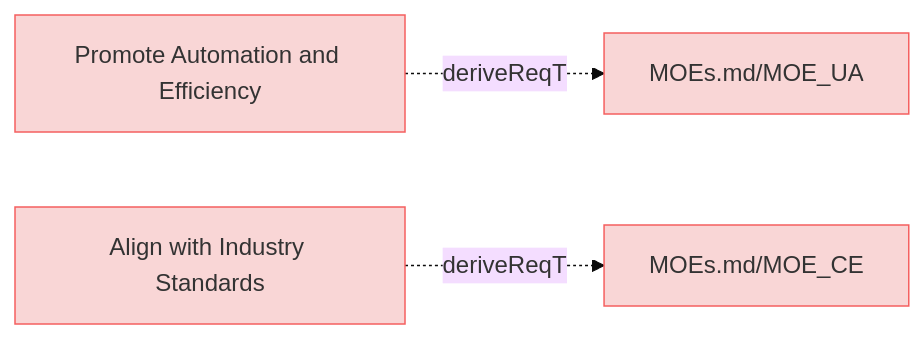
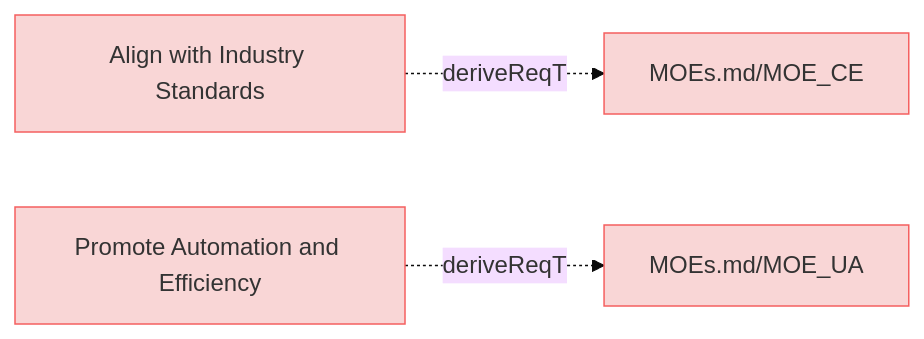
The diagram in specifications/MissionRequirements.md (reqvire-org/reqvire), drawn with Mermaid (base theme) before and after one commit. The commit also changed other lines of this file and 14 other files, not shown here.

Commit message:
Diagram fixes

````diff
--- a/specifications/MissionRequirements.md
+++ b/specifications/MissionRequirements.md
@@ -5,23 +5,23 @@
 ```mermaid
 graph LR;
   %% Graph styling
   classDef requirement fill:#f9d6d6,stroke:#f55f5f,stroke-width:1px;
   classDef verification fill:#d6f9d6,stroke:#5fd75f,stroke-width:1px;
   classDef externalLink fill:#d0e0ff,stroke:#3080ff,stroke-width:1px;
   classDef default fill:#f5f5f5,stroke:#333333,stroke-width:1px;
 
+  cc8c3af529fef9f2["Align with Industry Standards"];
+  click cc8c3af529fef9f2 "MissionRequirements.md#align-with-industry-standards";
+  class cc8c3af529fef9f2 requirement;
+  b3f57e49f7494c0e["MOEs.md/MOE_CE"];
+  class b3f57e49f7494c0e requirement;
+  click b3f57e49f7494c0e "MOEs.md#moe_ce";
+  cc8c3af529fef9f2 -.->|deriveReqT| b3f57e49f7494c0e;
   37960779163a9fc8["Promote Automation and Efficiency"];
   click 37960779163a9fc8 "MissionRequirements.md#promote-automation-and-efficiency";
   class 37960779163a9fc8 requirement;
   f6237e49f7494c0e["MOEs.md/MOE_UA"];
   class f6237e49f7494c0e requirement;
   click f6237e49f7494c0e "MOEs.md#moe_ua";
   37960779163a9fc8 -.->|deriveReqT| f6237e49f7494c0e;
-  cc8c3af529fef9f2["Align with Industry Standards"];
-  click cc8c3af529fef9f2 "MissionRequirements.md#align-with-industry-standards";
-  class cc8c3af529fef9f2 requirement;
-  b3f57e49f7494c0e["MOEs.md/MOE_CE"];
-  class b3f57e49f7494c0e requirement;
-  click b3f57e49f7494c0e "MOEs.md#moe_ce";
-  cc8c3af529fef9f2 -.->|deriveReqT| b3f57e49f7494c0e;
 ```
````
